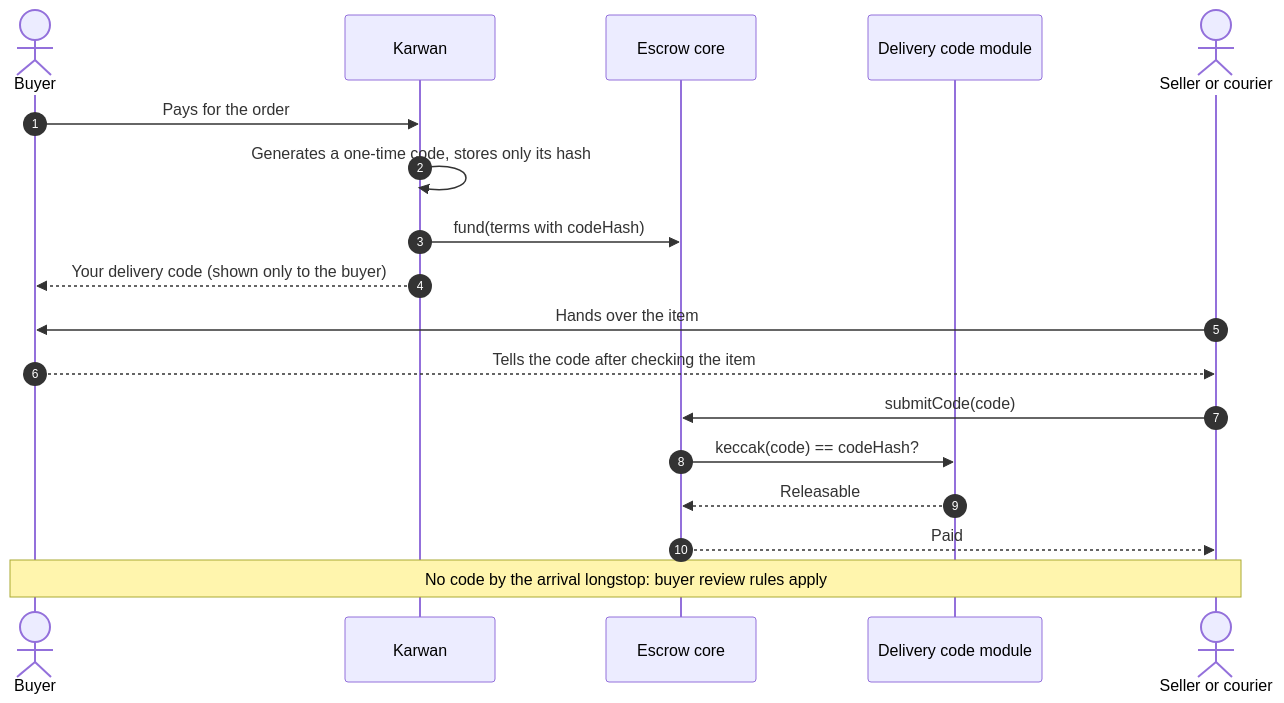
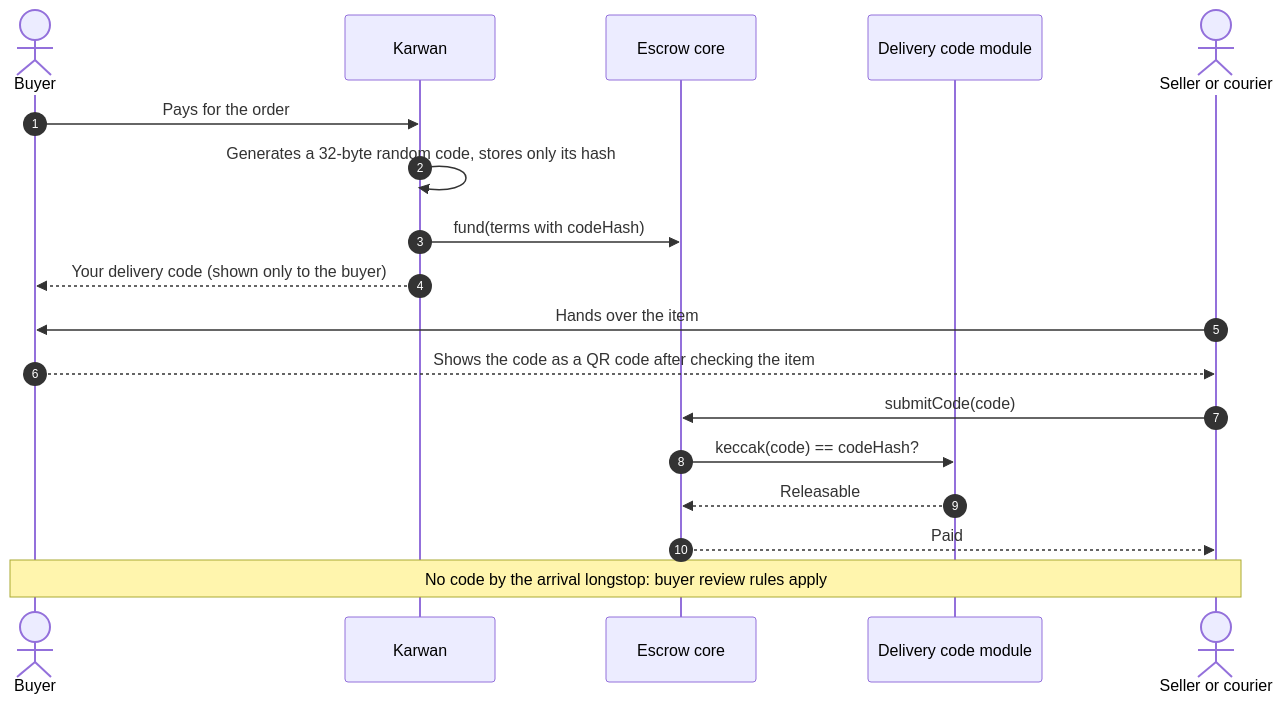
Before and after one commit to Iziedking/Karwan: the second of 4 diagrams in docs/architecture/07-escrow.md, drawn with Mermaid. The commit also changed other lines of this file and 1 other file, not shown here.

Commit message:
docs(architecture): fixed libraries instead of no delegatecall, the Agreement family and check verifiers built, 32-byte delivery codes

````diff
--- a/docs/architecture/07-escrow.md
+++ b/docs/architecture/07-escrow.md
@@ -95,21 +95,21 @@
 ```mermaid
 sequenceDiagram
   autonumber
   actor B as Buyer
   participant APP as Karwan
   participant ESC as Escrow core
   participant DCM as Delivery code module
   actor S as Seller or courier
 
   B->>APP: Pays for the order
-  APP->>APP: Generates a one-time code, stores only its hash
+  APP->>APP: Generates a 32-byte random code, stores only its hash
   APP->>ESC: fund(terms with codeHash)
   APP-->>B: Your delivery code (shown only to the buyer)
   S->>B: Hands over the item
-  B-->>S: Tells the code after checking the item
+  B-->>S: Shows the code as a QR code after checking the item
   S->>ESC: submitCode(code)
   ESC->>DCM: keccak(code) == codeHash?
   DCM-->>ESC: Releasable
   ESC-->>S: Paid
   Note over B,S: No code by the arrival longstop: buyer review rules apply
 ```
````
